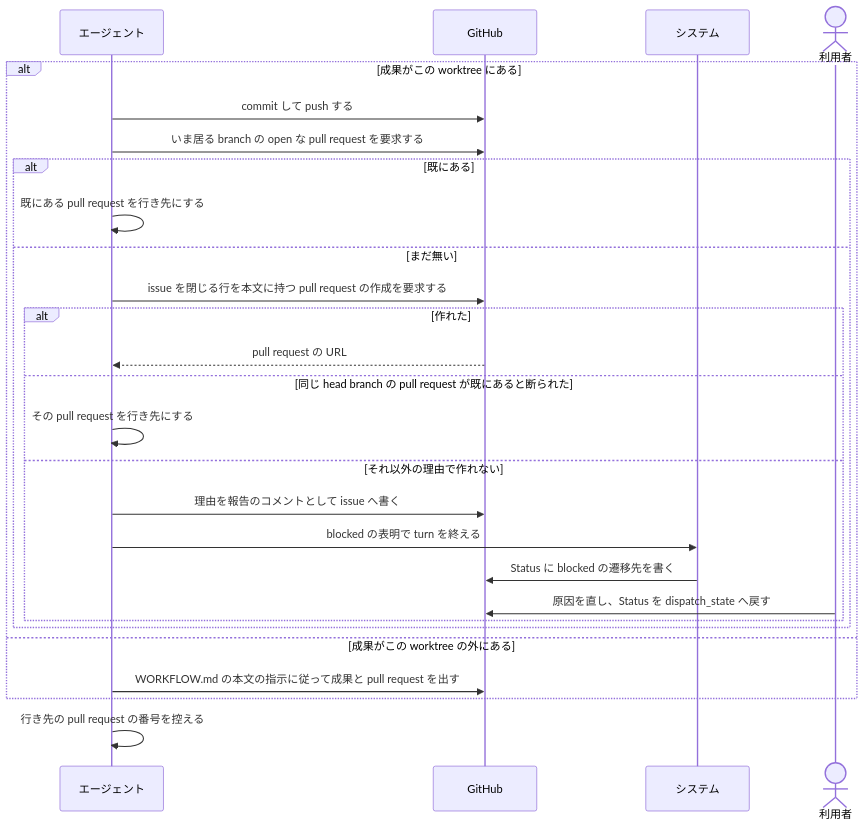
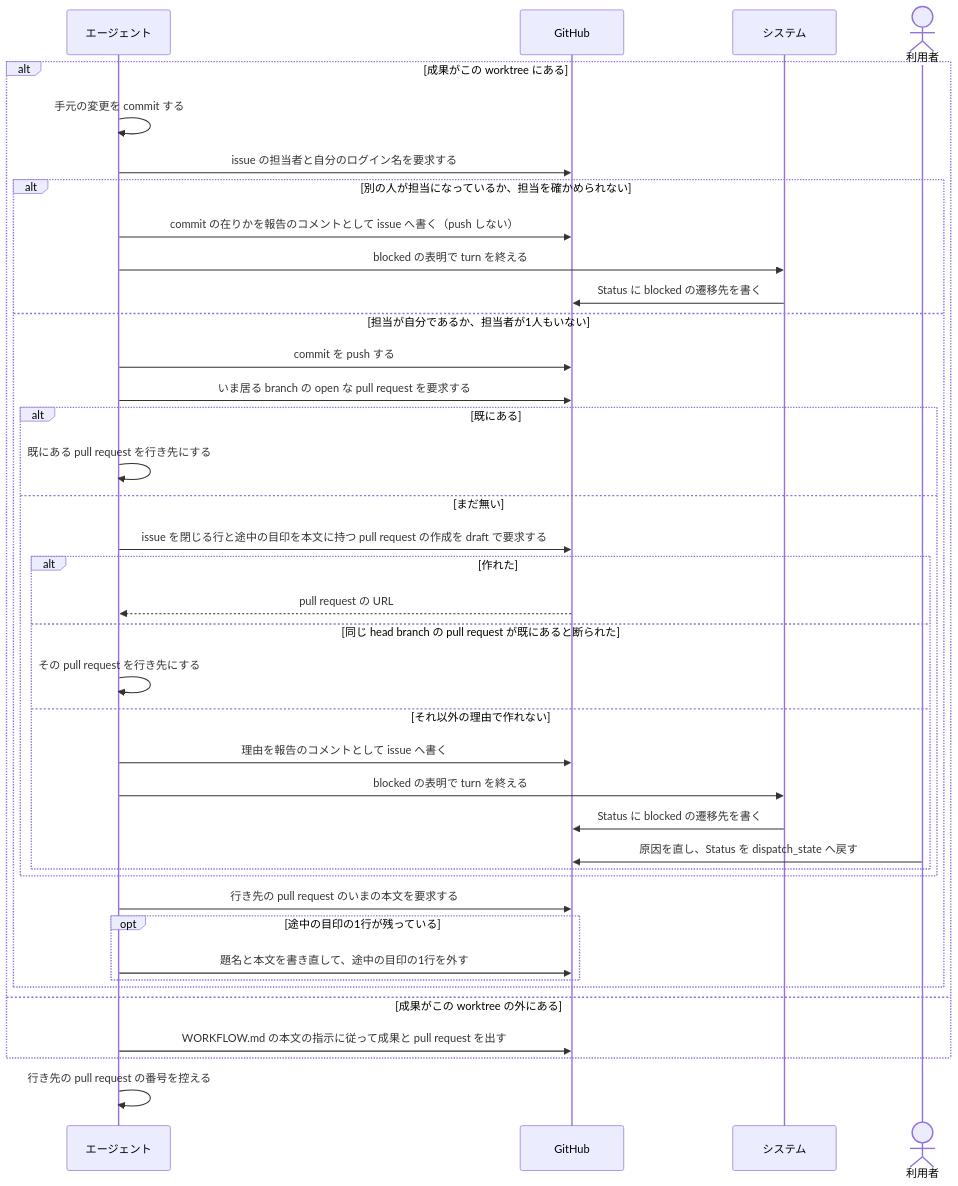
The first of 2 diagrams in docs/spec/usecases/particular_case/成果をpushしてpullrequestを出す.rucm.md (maimuzo/continuo), drawn with Mermaid before and after one commit. The commit also changed other lines of this file and 14 other files, not shown here.

Commit message:
ユースケース記述を新しい指示書へ合わせる 担当の確認と衝突の扱いと draft の pull request を RUCM 4本へ写し 指示書の曖昧だった3文を言い切る

````diff
--- a/docs/spec/usecases/particular_case/成果をpushしてpullrequestを出す.rucm.md
+++ b/docs/spec/usecases/particular_case/成果をpushしてpullrequestを出す.rucm.md
@@ -105,30 +148,42 @@
 ```mermaid
 sequenceDiagram
     participant CC as エージェント
     participant GH as GitHub
     participant S as システム
     actor U as 利用者
 
     alt 成果がこの worktree にある
-        CC->>GH: commit して push する
-        CC->>GH: いま居る branch の open な pull request を要求する
-        alt 既にある
-            CC->>CC: 既にある pull request を行き先にする
-        else まだ無い
-            CC->>GH: issue を閉じる行を本文に持つ pull request の作成を要求する
-            alt 作れた
-                GH-->>CC: pull request の URL
-            else 同じ head branch の pull request が既にあると断られた
-                CC->>CC: その pull request を行き先にする
-            else それ以外の理由で作れない
-                CC->>GH: 理由を報告のコメントとして issue へ書く
-                CC->>S: blocked の表明で turn を終える
-                S->>GH: Status に blocked の遷移先を書く
-                U->>GH: 原因を直し、Status を dispatch_state へ戻す
+        CC->>CC: 手元の変更を commit する
+        CC->>GH: issue の担当者と自分のログイン名を要求する
+        alt 別の人が担当になっているか、担当を確かめられない
+            CC->>GH: commit の在りかを報告のコメントとして issue へ書く（push しない）
+            CC->>S: blocked の表明で turn を終える
+            S->>GH: Status に blocked の遷移先を書く
+        else 担当が自分であるか、担当者が1人もいない
+            CC->>GH: commit を push する
+            CC->>GH: いま居る branch の open な pull request を要求する
+            alt 既にある
+                CC->>CC: 既にある pull request を行き先にする
+            else まだ無い
+                CC->>GH: issue を閉じる行と途中の目印を本文に持つ pull request の作成を draft で要求する
+                alt 作れた
+                    GH-->>CC: pull request の URL
+                else 同じ head branch の pull request が既にあると断られた
+                    CC->>CC: その pull request を行き先にする
+                else それ以外の理由で作れない
+                    CC->>GH: 理由を報告のコメントとして issue へ書く
+                    CC->>S: blocked の表明で turn を終える
+                    S->>GH: Status に blocked の遷移先を書く
+                    U->>GH: 原因を直し、Status を dispatch_state へ戻す
+                end
+            end
+            CC->>GH: 行き先の pull request のいまの本文を要求する
+            opt 途中の目印の1行が残っている
+                CC->>GH: 題名と本文を書き直して、途中の目印の1行を外す
             end
         end
     else 成果がこの worktree の外にある
         CC->>GH: WORKFLOW.md の本文の指示に従って成果と pull request を出す
     end
     CC->>CC: 行き先の pull request の番号を控える
 ```
````
